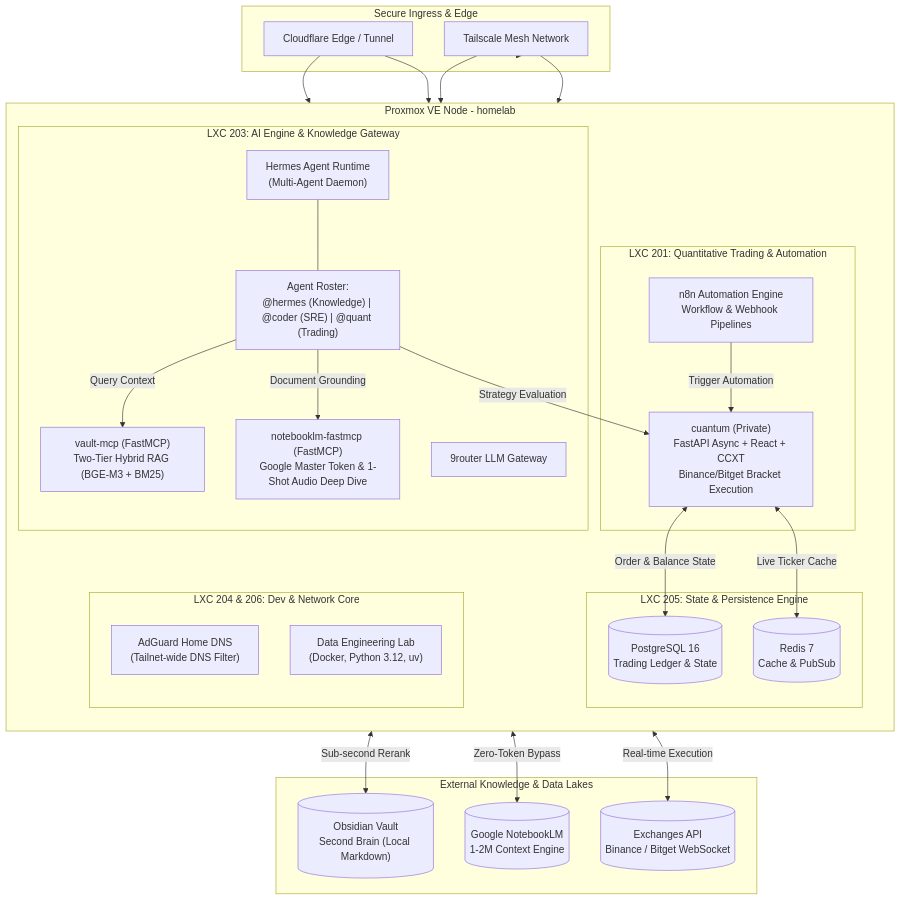
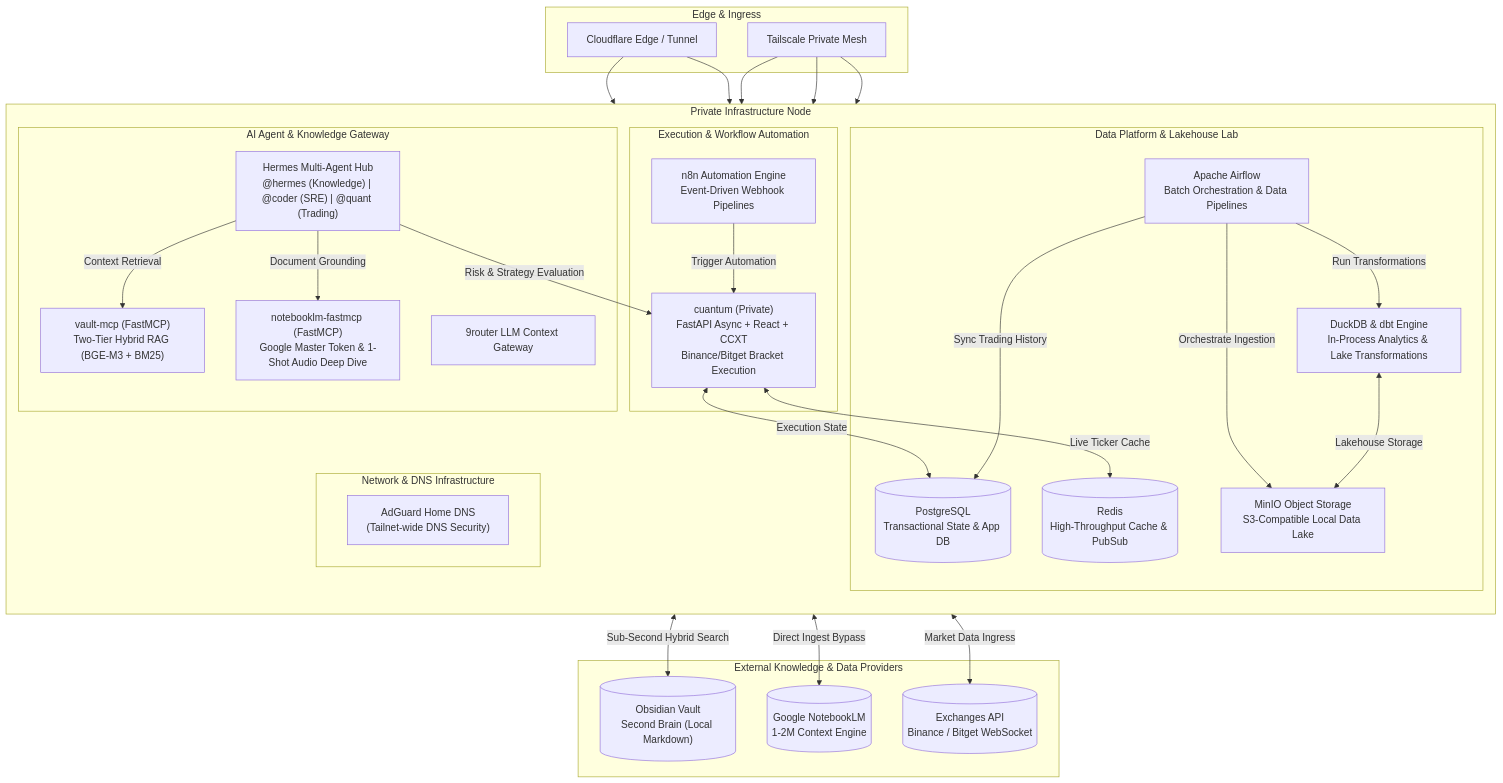
One commit to mpandudc/mpandudc changed the diagram in README.md. Above: the diagram before and after it, drawn with Mermaid. The commit also changed other lines of this file, not shown here.

Commit message:
docs: generalize homelab topology by removing raw VMIDs/specs and adding Airflow/MinIO/DuckDB lakehouse stack

````diff
--- a/README.md
+++ b/README.md
@@ -19,60 +19,67 @@
 ```mermaid
 flowchart TB
-    subgraph WAN [Secure Ingress & Edge]
+    subgraph WAN [Edge & Ingress]
         CF[Cloudflare Edge / Tunnel]
-        TS[Tailscale Mesh Network]
+        TS[Tailscale Private Mesh]
     end
 
-    subgraph PROXMOX [Proxmox VE Node - homelab]
+    subgraph HOMELAB [Private Infrastructure Node]
         direction TB
 
-        subgraph LXC_INGEST [LXC 203: AI Engine & Knowledge Gateway]
-            H_GATEWAY["Hermes Agent Runtime\n(Multi-Agent Daemon)"]
-            H_ROSTER["Agent Roster:\n@hermes (Knowledge) | @coder (SRE) | @quant (Trading)"]
-            R9["9router LLM Gateway"]
+        subgraph AI_LAYER [AI Agent & Knowledge Gateway]
+            H_ROSTER["Hermes Multi-Agent Hub\n@hermes (Knowledge) | @coder (SRE) | @quant (Trading)"]
+            R9["9router LLM Context Gateway"]
             V_MCP["vault-mcp (FastMCP)\nTwo-Tier Hybrid RAG (BGE-M3 + BM25)"]
             NLM_MCP["notebooklm-fastmcp (FastMCP)\nGoogle Master Token & 1-Shot Audio Deep Dive"]
         end
 
-        subgraph LXC_EXEC [LXC 201: Quantitative Trading & Automation]
+        subgraph QUANT_LAYER [Execution & Workflow Automation]
             CUANTUM["cuantum (Private)\nFastAPI Async + React + CCXT\nBinance/Bitget Bracket Execution"]
-            N8N["n8n Automation Engine\nWorkflow & Webhook Pipelines"]
+            N8N["n8n Automation Engine\nEvent-Driven Webhook Pipelines"]
         end
 
-        subgraph LXC_STORAGE [LXC 205: State & Persistence Engine]
-            PG[(PostgreSQL 16\nTrading Ledger & State)]
-            REDIS[(Redis 7\nCache & PubSub)]
+        subgraph DATA_LAYER [Data Platform & Lakehouse Lab]
+            AIRFLOW["Apache Airflow\nBatch Orchestration & Data Pipelines"]
+            MINIO["MinIO Object Storage\nS3-Compatible Local Data Lake"]
+            DUCKDB["DuckDB & dbt Engine\nIn-Process Analytics & Lake Transformations"]
+            PG[(PostgreSQL\nTransactional State & App DB)]
+            REDIS[(Redis\nHigh-Throughput Cache & PubSub)]
         end
 
-        subgraph LXC_NET [LXC 204 & 206: Dev & Network Core]
-            ADGUARD["AdGuard Home DNS\n(Tailnet-wide DNS Filter)"]
-            DE_LAB["Data Engineering Lab\n(Docker, Python 3.12, uv)"]
+        subgraph NET_LAYER [Network & DNS Infrastructure]
+            ADGUARD["AdGuard Home DNS\n(Tailnet-wide DNS Security)"]
         end
     end
 
-    subgraph STORAGE_EXT [External Knowledge & Data Lakes]
+    subgraph EXTERNAL [External Knowledge & Data Providers]
         OBSIDIAN[("Obsidian Vault\nSecond Brain (Local Markdown)")]
         G_NLM[("Google NotebookLM\n1-2M Context Engine")]
         EXCHANGES[("Exchanges API\nBinance / Bitget WebSocket")]
     end
 
-    %% Ingress Routes
+    %% Network Routing
     CF --> CUANTUM
     CF --> R9
-    TS --> LXC_INGEST
-    TS --> LXC_STORAGE
-    TS --> ADGUARD
+    TS --> AI_LAYER
+    TS --> DATA_LAYER
+    TS --> NET_LAYER
 
-    %% Interconnects
-    H_GATEWAY --- H_ROSTER
-    H_ROSTER -->|Query Context| V_MCP
+    %% AI & Second Brain Pipeline
+    H_ROSTER -->|Context Retrieval| V_MCP
     H_ROSTER -->|Document Grounding| NLM_MCP
-    V_MCP <-->|Sub-second Rerank| OBSIDIAN
-    NLM_MCP <-->|Zero-Token Bypass| G_NLM
-    
-    H_ROSTER -->|Strategy Evaluation| CUANTUM
-    CUANTUM <-->|Order & Balance State| PG
+    V_MCP <-->|Sub-Second Hybrid Search| OBSIDIAN
+    NLM_MCP <-->|Direct Ingest Bypass| G_NLM
+
+    %% Quantitative Trading Pipeline
+    H_ROSTER -->|Risk & Strategy Evaluation| CUANTUM
+    CUANTUM <-->|Execution State| PG
     CUANTUM <-->|Live Ticker Cache| REDIS
-    CUANTUM <-->|Real-time Execution| EXCHANGES
+    CUANTUM <-->|Market Data Ingress| EXCHANGES
     N8N -->|Trigger Automation| CUANTUM
+
+    %% Data Engineering Lakehouse Pipeline
+    AIRFLOW -->|Orchestrate Ingestion| MINIO
+    AIRFLOW -->|Run Transformations| DUCKDB
+    DUCKDB <-->|Lakehouse Storage| MINIO
+    AIRFLOW -->|Sync Trading History| PG
 ```
````
